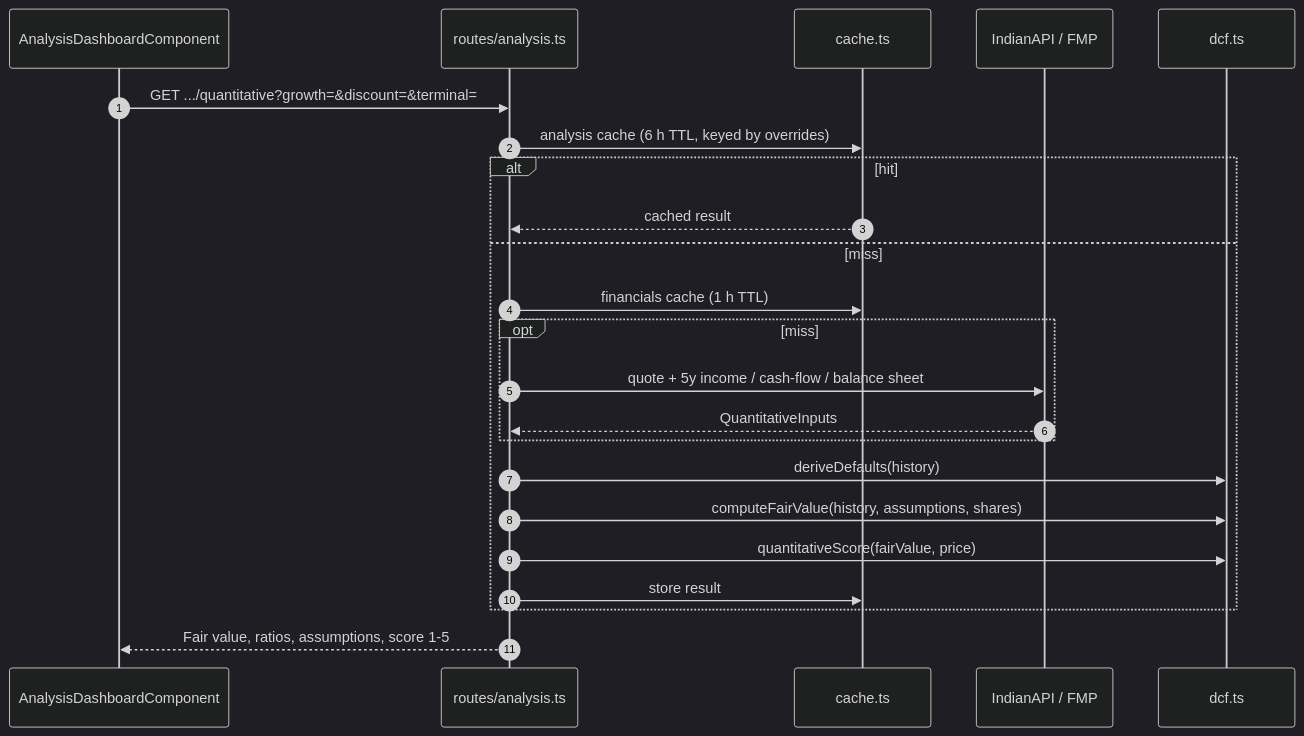
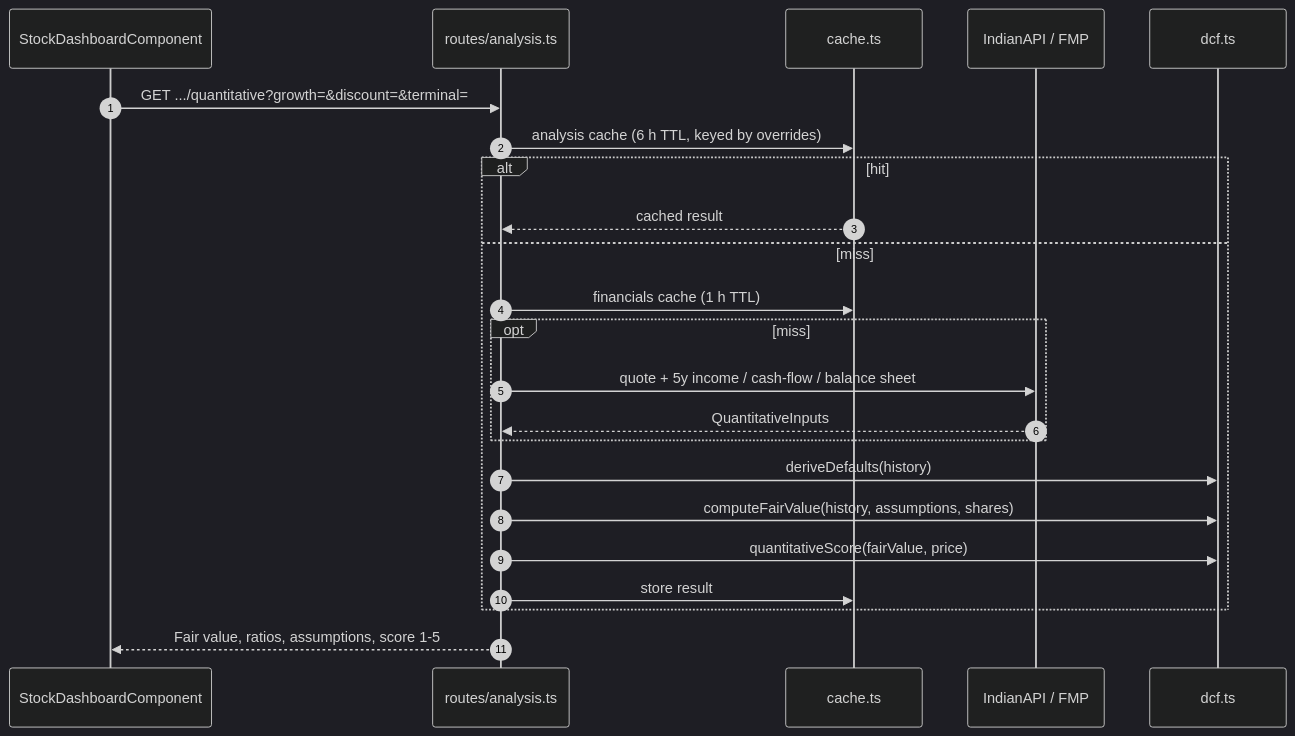
Before and after one commit to vigneshsn/dcf-stock-valuation: the fourth of 5 diagrams in docs/architecture.md, drawn with Mermaid (dark theme). The commit also changed other lines of this file and 34 other files, not shown here.

First line of the commit message:
feat: implement stock dashboard component with quantitative and qualitative analysis features

````diff
--- a/docs/architecture.md
+++ b/docs/architecture.md
@@ -135,26 +134,26 @@
 ```mermaid
 sequenceDiagram
     autonumber
-    participant UI as AnalysisDashboardComponent
+    participant UI as StockDashboardComponent
     participant API as routes/analysis.ts
     participant C as cache.ts
     participant P as IndianAPI / FMP
     participant D as dcf.ts
 
     UI->>API: GET .../quantitative?growth=&discount=&terminal=
     API->>C: analysis cache (6 h TTL, keyed by overrides)
     alt hit
         C-->>API: cached result
     else miss
         API->>C: financials cache (1 h TTL)
         opt miss
             API->>P: quote + 5y income / cash-flow / balance sheet
             P-->>API: QuantitativeInputs
         end
         API->>D: deriveDefaults(history)
         API->>D: computeFairValue(history, assumptions, shares)
         API->>D: quantitativeScore(fairValue, price)
         API->>C: store result
     end
     API-->>UI: Fair value, ratios, assumptions, score 1-5
 ```
````
